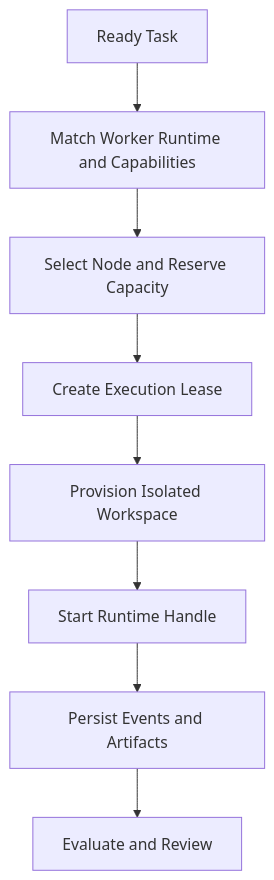
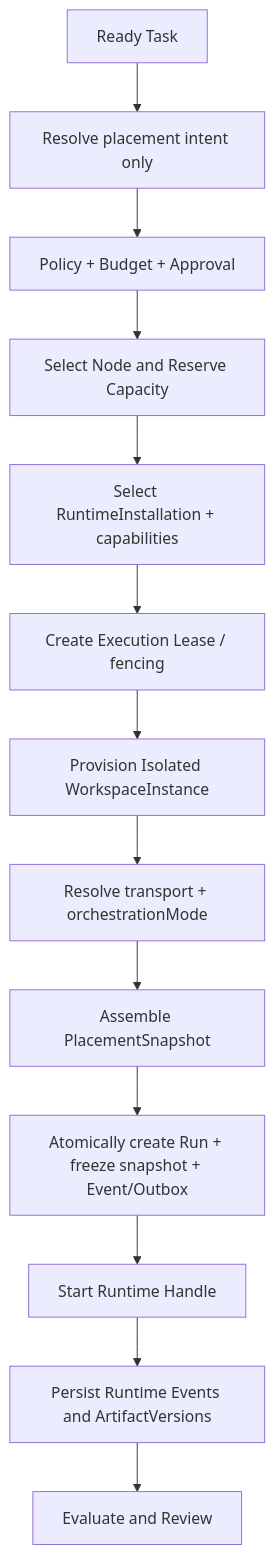
Before and after one commit to nicechencs/workforce: the diagram in docs/diagrams/node-scheduling-flow.md, drawn with Mermaid. The commit also changed other lines of this file and 29 other files, not shown here.

First line of the commit message:
docs: align D15-D18 contracts, flows, and docs checks

````diff
--- a/docs/diagrams/node-scheduling-flow.md
+++ b/docs/diagrams/node-scheduling-flow.md
@@ -3,10 +11,15 @@
 ```mermaid
 flowchart TD
-  Task[Ready Task] --> Match[Match Worker Runtime and Capabilities]
-  Match --> Capacity[Select Node and Reserve Capacity]
-  Capacity --> Lease[Create Execution Lease]
-  Lease --> Workspace[Provision Isolated Workspace]
-  Workspace --> Start[Start Runtime Handle]
-  Start --> Events[Persist Events and Artifacts]
+  Task[Ready Task] --> ResolveIntent[Resolve placement intent only]
+  ResolveIntent --> Guard[Policy + Budget + Approval]
+  Guard --> Capacity[Select Node and Reserve Capacity]
+  Capacity --> Runtime[Select RuntimeInstallation + capabilities]
+  Runtime --> Lease[Create Execution Lease / fencing]
+  Lease --> Workspace[Provision Isolated WorkspaceInstance]
+  Workspace --> ResolveAxes[Resolve transport + orchestrationMode]
+  ResolveAxes --> Binding[Assemble PlacementSnapshot]
+  Binding --> Snapshot[Atomically create Run + freeze snapshot + Event/Outbox]
+  Snapshot --> Start[Start Runtime Handle]
+  Start --> Events[Persist Runtime Events and ArtifactVersions]
   Events --> Review[Evaluate and Review]
 ```
````
